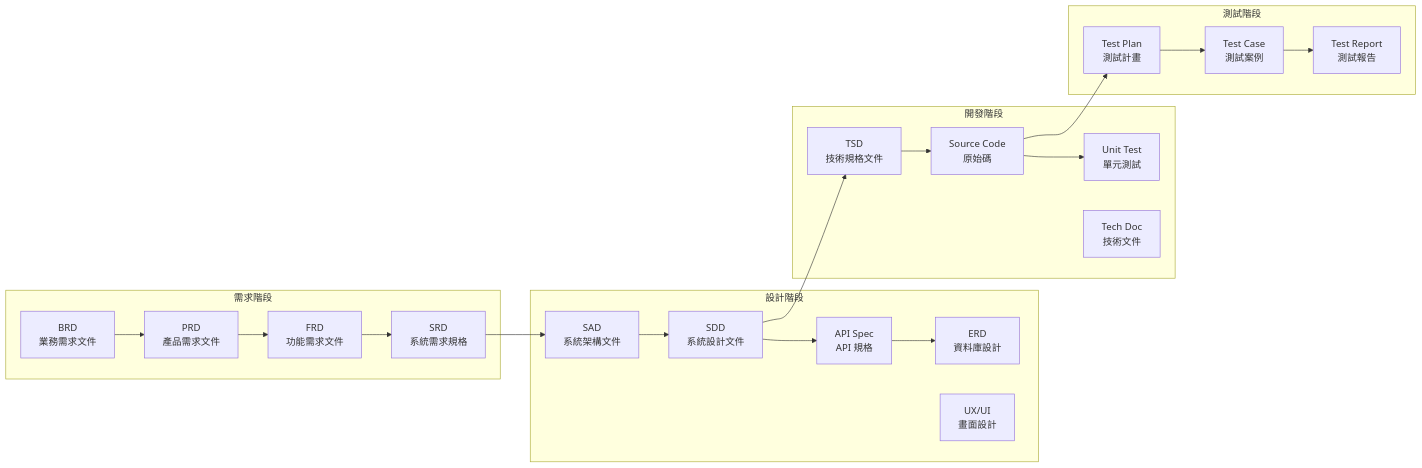
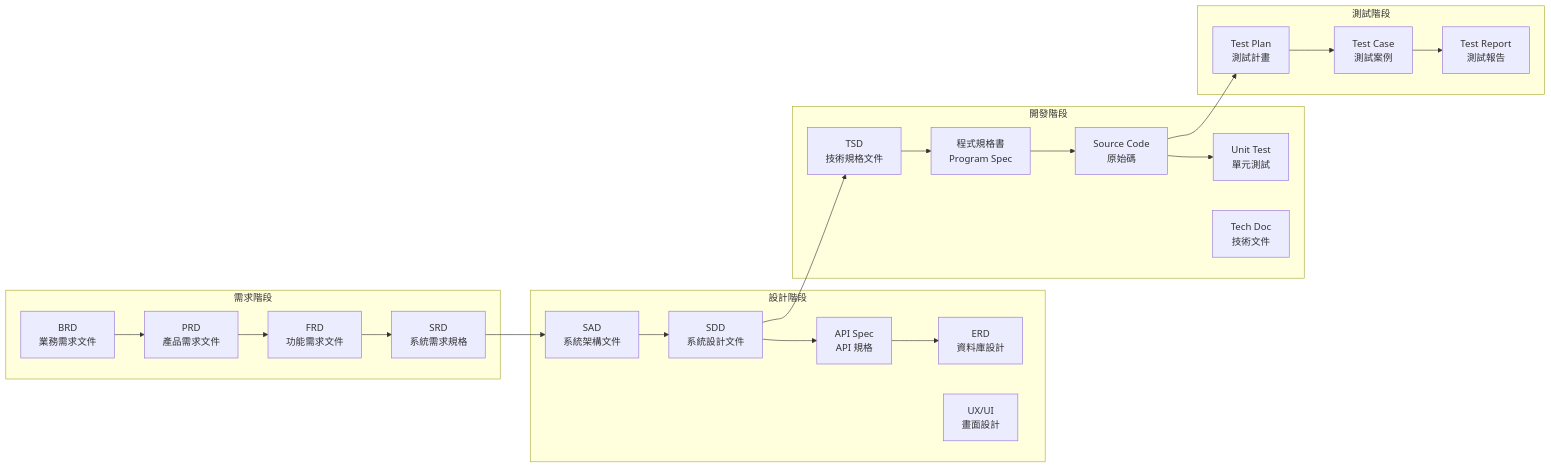
The third of 30 diagrams in content/posts/指引/設計開發/軟體開發標準程序（Software Development Standard Process）教學手冊.md (chihhung/Blog), drawn with Mermaid before and after one commit. The commit also changed other lines of this file and 1 other file, not shown here.

````diff
--- a/content/posts/指引/設計開發/軟體開發標準程序（Software Development Standard Process）教學手冊.md
+++ b/content/posts/指引/設計開發/軟體開發標準程序（Software Development Standard Process）教學手冊.md
@@ -197,35 +197,36 @@
 ```mermaid
 flowchart LR
     subgraph 需求階段
         R1[BRD<br/>業務需求文件]
         R0[PRD<br/>產品需求文件]
         R2[FRD<br/>功能需求文件]
         R3[SRD<br/>系統需求規格]
     end
     
     subgraph 設計階段
         D1[SAD<br/>系統架構文件]
         D5[SDD<br/>系統設計文件]
         D2[API Spec<br/>API 規格]
         D3[ERD<br/>資料庫設計]
         D4[UX/UI<br/>畫面設計]
     end
     
     subgraph 開發階段
         C0[TSD<br/>技術規格文件]
+        CS[程式規格書<br/>Program Spec]
         C1[Source Code<br/>原始碼]
         C2[Unit Test<br/>單元測試]
         C3[Tech Doc<br/>技術文件]
     end
     
     subgraph 測試階段
         T1[Test Plan<br/>測試計畫]
         T2[Test Case<br/>測試案例]
         T3[Test Report<br/>測試報告]
     end
     
     R1 --> R0 --> R2 --> R3
     R3 --> D1 --> D5 --> D2 --> D3
-    D5 --> C0 --> C1 --> C2
+    D5 --> C0 --> CS --> C1 --> C2
     C1 --> T1 --> T2 --> T3
 ```
````
